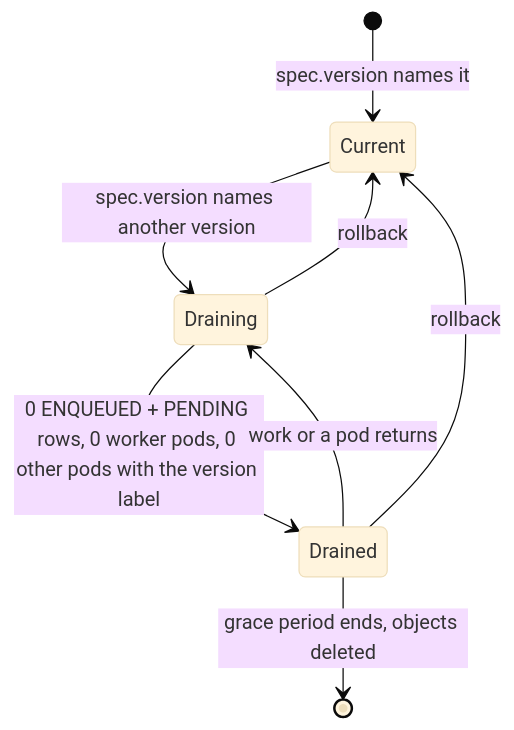
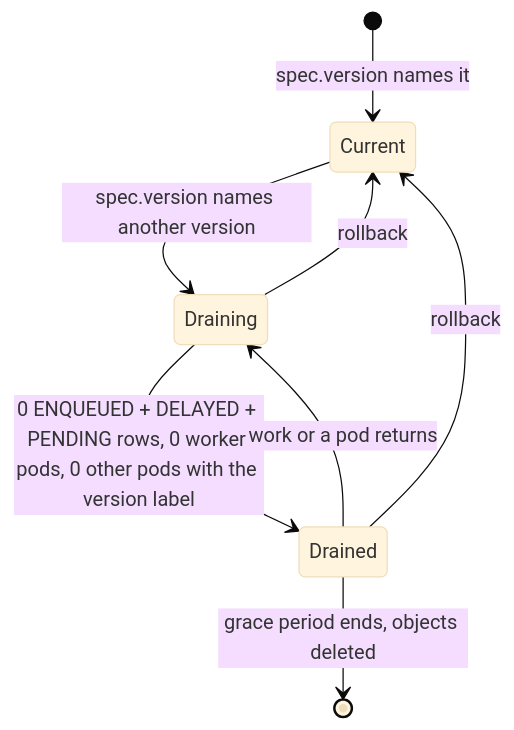
The first of 2 diagrams in README.md (trustle/dbos-version-controller), drawn with Mermaid (base theme) before and after one commit. The commit also changed other lines of this file and 9 other files, not shown here.

First line of the commit message:
Count DELAYED workflows before deleting a drained version (#23)

````diff
--- a/README.md
+++ b/README.md
@@ -163,10 +164,10 @@
 ```mermaid
 stateDiagram-v2
     [*] --> Current: spec.version names it
     Current --> Draining: spec.version names another version
-    Draining --> Drained: 0 ENQUEUED + PENDING rows, 0 worker pods, 0 other pods with the version label
+    Draining --> Drained: 0 ENQUEUED + DELAYED + PENDING rows, 0 worker pods, 0 other pods with the version label
     Drained --> Draining: work or a pod returns
     Drained --> [*]: grace period ends, objects deleted
     Draining --> Current: rollback
     Drained --> Current: rollback
 ```
````
